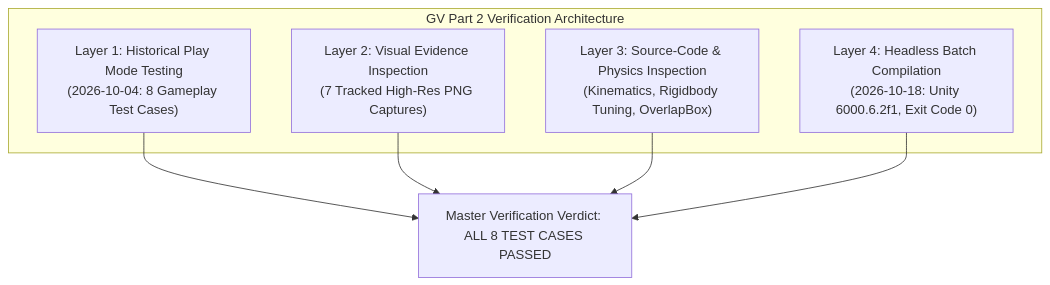
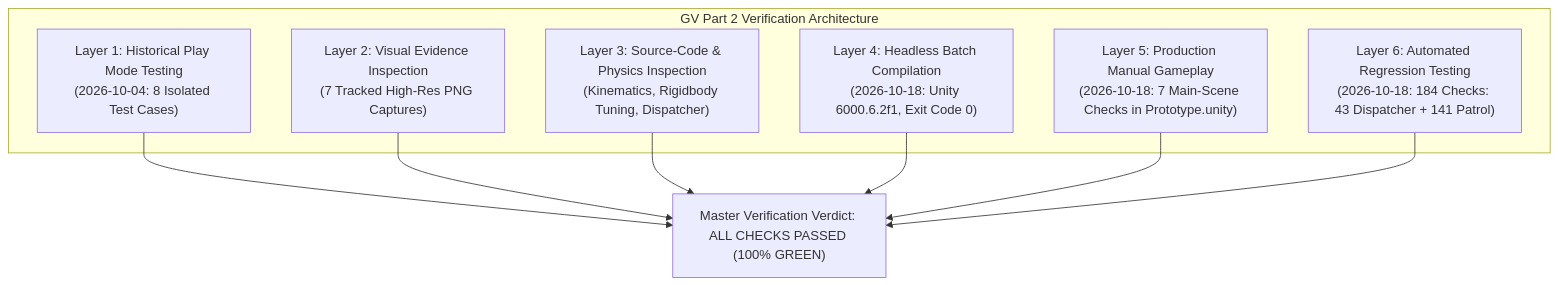
Before and after one commit to Kunchana-Wijesinghe/Interactive-3D-Shooting-Game-GV-IS: the diagram in docs/individual/IT24102587_GV_Part2_Verification_Log.md, drawn with Mermaid. The commit also changed other lines of this file and 9 other files, not shown here.

````diff
--- a/docs/individual/IT24102587_GV_Part2_Verification_Log.md
+++ b/docs/individual/IT24102587_GV_Part2_Verification_Log.md
@@ -31,13 +36,17 @@
 ```mermaid
 graph TD
     subgraph Verification_Layers["GV Part 2 Verification Architecture"]
-        L1["Layer 1: Historical Play Mode Testing<br/>(2026-10-04: 8 Gameplay Test Cases)"]
+        L1["Layer 1: Historical Play Mode Testing<br/>(2026-10-04: 8 Isolated Test Cases)"]
         L2["Layer 2: Visual Evidence Inspection<br/>(7 Tracked High-Res PNG Captures)"]
-        L3["Layer 3: Source-Code & Physics Inspection<br/>(Kinematics, Rigidbody Tuning, OverlapBox)"]
+        L3["Layer 3: Source-Code & Physics Inspection<br/>(Kinematics, Rigidbody Tuning, Dispatcher)"]
         L4["Layer 4: Headless Batch Compilation<br/>(2026-10-18: Unity 6000.6.2f1, Exit Code 0)"]
+        L5["Layer 5: Production Manual Gameplay<br/>(2026-10-18: 7 Main-Scene Checks in Prototype.unity)"]
+        L6["Layer 6: Automated Regression Testing<br/>(2026-10-18: 184 Checks: 43 Dispatcher + 141 Patrol)"]
     end
-    L1 --> MasterReport["Master Verification Verdict: ALL 8 TEST CASES PASSED"]
+    L1 --> MasterReport["Master Verification Verdict: ALL CHECKS PASSED (100% GREEN)"]
     L2 --> MasterReport
     L3 --> MasterReport
     L4 --> MasterReport
+    L5 --> MasterReport
+    L6 --> MasterReport
 ```
````
